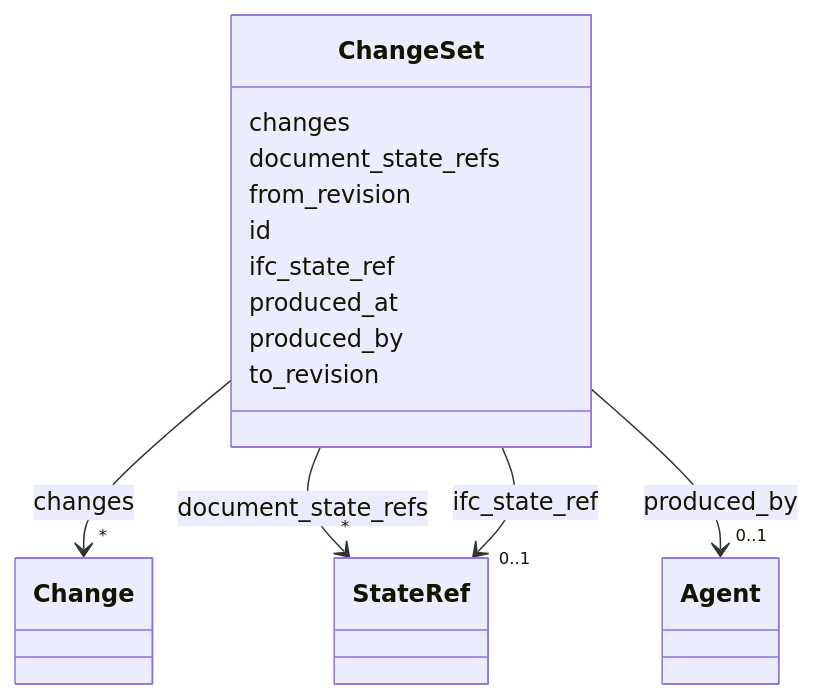
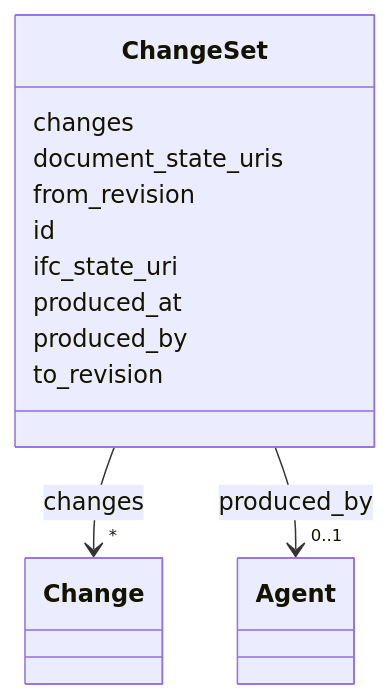
One commit to simondilhas/pragmatic-bim-data-contract changed the diagram in latest/schema/ChangeSet.md. Above: the diagram before and after it, drawn with Mermaid. The commit also changed other lines of this file and 2590 other files, not shown here.

````diff
--- a/latest/schema/ChangeSet.md
+++ b/latest/schema/ChangeSet.md
@@ -25,58 +25,17 @@
 ```mermaid
  classDiagram
     class ChangeSet
-    click ChangeSet href "../ChangeSet/"
+    click ChangeSet href "./ChangeSet.html"
       ChangeSet : changes
-        
-          
-    
-        
-        
         ChangeSet --> "*" Change : changes
-        click Change href "../Change/"
-    
-
-        
-      ChangeSet : document_state_refs
-        
-          
-    
-        
-        
-        ChangeSet --> "*" StateRef : document_state_refs
-        click StateRef href "../StateRef/"
-    
-
-        
+        click Change href "./Change.html"
+      ChangeSet : document_state_uris
       ChangeSet : from_revision
-        
       ChangeSet : id
-        
-      ChangeSet : ifc_state_ref
-        
-          
-    
-        
-        
-        ChangeSet --> "0..1" StateRef : ifc_state_ref
-        click StateRef href "../StateRef/"
-    
-
-        
+      ChangeSet : ifc_state_uri
       ChangeSet : produced_at
-        
       ChangeSet : produced_by
-        
-          
-    
-        
-        
         ChangeSet --> "0..1" Agent : produced_by
-        click Agent href "../Agent/"
-    
-
-        
+        click Agent href "./Agent.html"
       ChangeSet : to_revision
-        
-      
 ```
````
